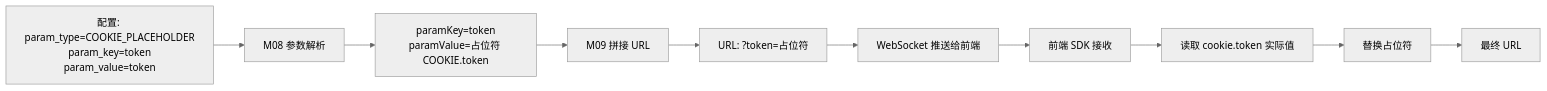
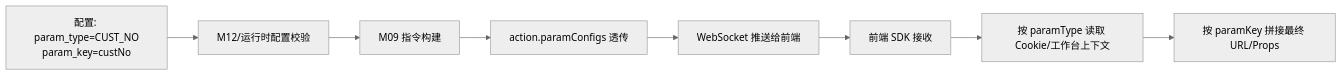
Diagram 12 of 24 in cs-copilot-service/docs/dd-v1.2.md (qzz617/copilot), drawn with Mermaid (neutral theme) before and after one commit. The commit also changed other lines of this file and 118 other files, not shown here.

````diff
--- a/cs-copilot-service/docs/dd-v1.2.md
+++ b/cs-copilot-service/docs/dd-v1.2.md
@@ -1612,12 +1488,10 @@
 ```mermaid
 flowchart LR
-    A[配置: param_type=COOKIE_PLACEHOLDER<br/>param_key=token<br/>param_value=token] --> B[M08 参数解析]
-    B --> C[paramKey=token<br/>paramValue=占位符 COOKIE.token]
-    C --> D[M09 拼接 URL]
-    D --> E[URL: ?token=占位符]
-    E --> F[WebSocket 推送给前端]
-    F --> G[前端 SDK 接收]
-    G --> H[读取 cookie.token 实际值]
-    H --> I[替换占位符]
-    I --> J[最终 URL]
+    A[配置: param_type=CUST_NO<br/>param_key=custNo] --> B[M12/运行时配置校验]
+    B --> C[M09 指令构建]
+    C --> D[action.paramConfigs 透传]
+    D --> E[WebSocket 推送给前端]
+    E --> F[前端 SDK 接收]
+    F --> G[按 paramType 读取 Cookie/工作台上下文]
+    G --> H[按 paramKey 拼接最终 URL/Props]
 ```
````
